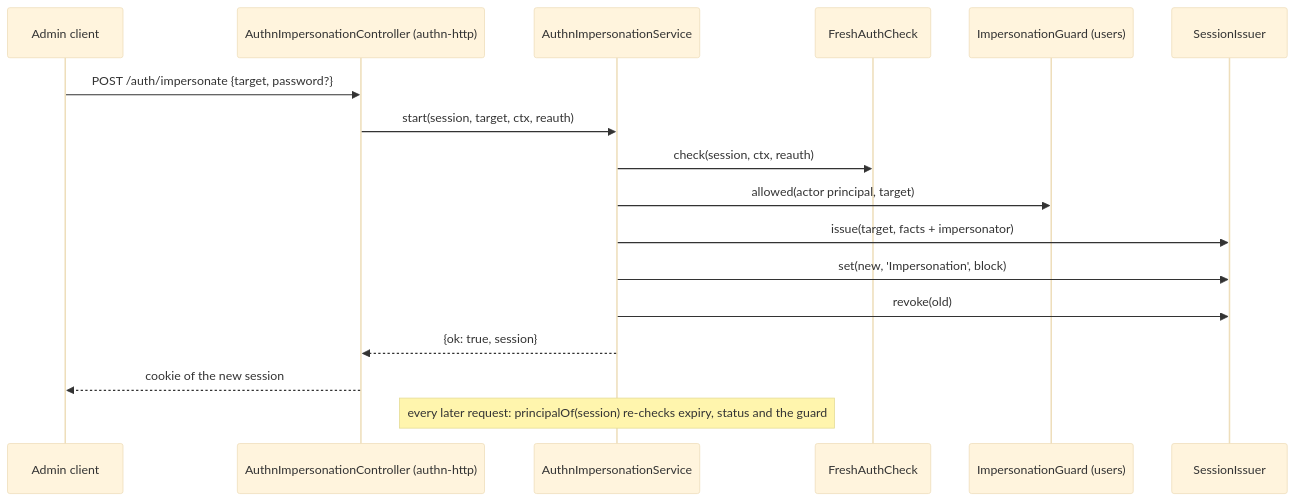
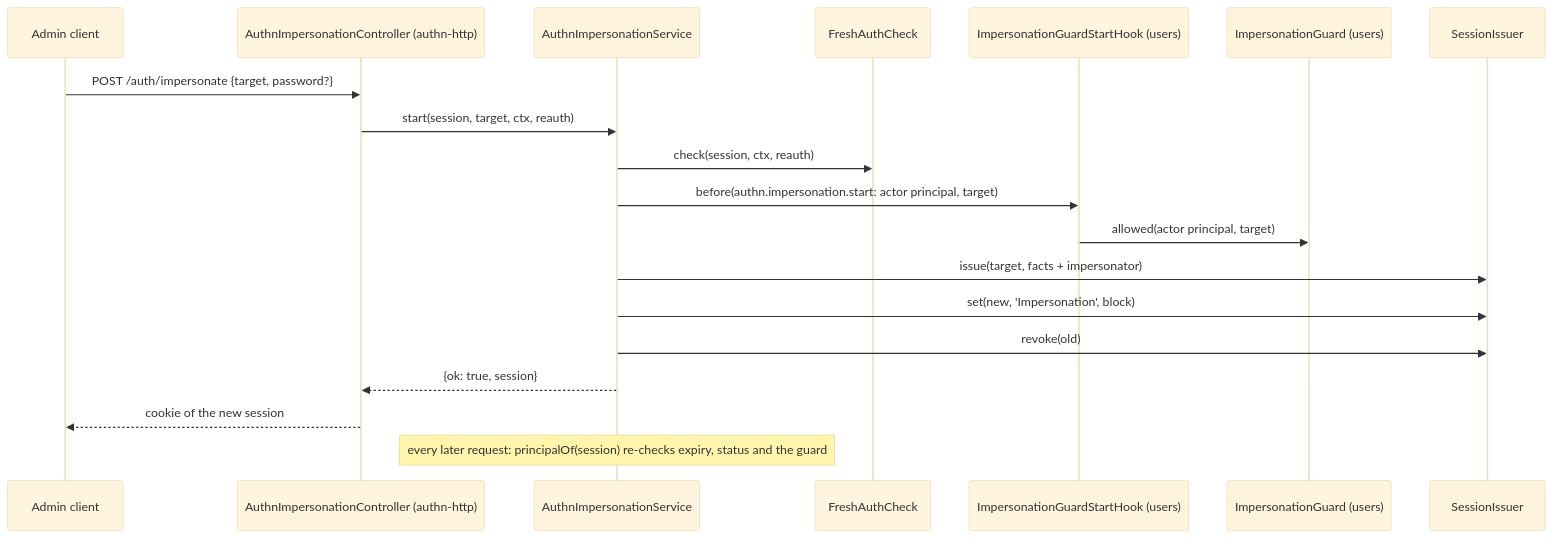
One commit to spinajs/main changed the diagram in docs/authn/11-impersonation-and-active-role.md. Above: the diagram before and after it, drawn with Mermaid (base theme). The commit also changed other lines of this file and 20 other files, not shown here.

First line of the commit message:
docs: impersonation start, list-support and session-start hooks

````diff
--- a/docs/authn/11-impersonation-and-active-role.md
+++ b/docs/authn/11-impersonation-and-active-role.md
@@ -67,19 +67,21 @@
 ```mermaid
 sequenceDiagram
   participant A as Admin client
   participant H as AuthnImpersonationController (authn-http)
   participant S as AuthnImpersonationService
   participant F as FreshAuthCheck
+  participant K as ImpersonationGuardStartHook (users)
   participant G as ImpersonationGuard (users)
   participant SI as SessionIssuer
   A->>H: POST /auth/impersonate {target, password?}
   H->>S: start(session, target, ctx, reauth)
   S->>F: check(session, ctx, reauth)
-  S->>G: allowed(actor principal, target)
+  S->>K: before(authn.impersonation.start: actor principal, target)
+  K->>G: allowed(actor principal, target)
   S->>SI: issue(target, facts + impersonator)
   S->>SI: set(new, 'Impersonation', block)
   S->>SI: revoke(old)
   S-->>H: {ok: true, session}
   H-->>A: cookie of the new session
   Note over S: every later request: principalOf(session) re-checks expiry, status and the guard
 ```
````
